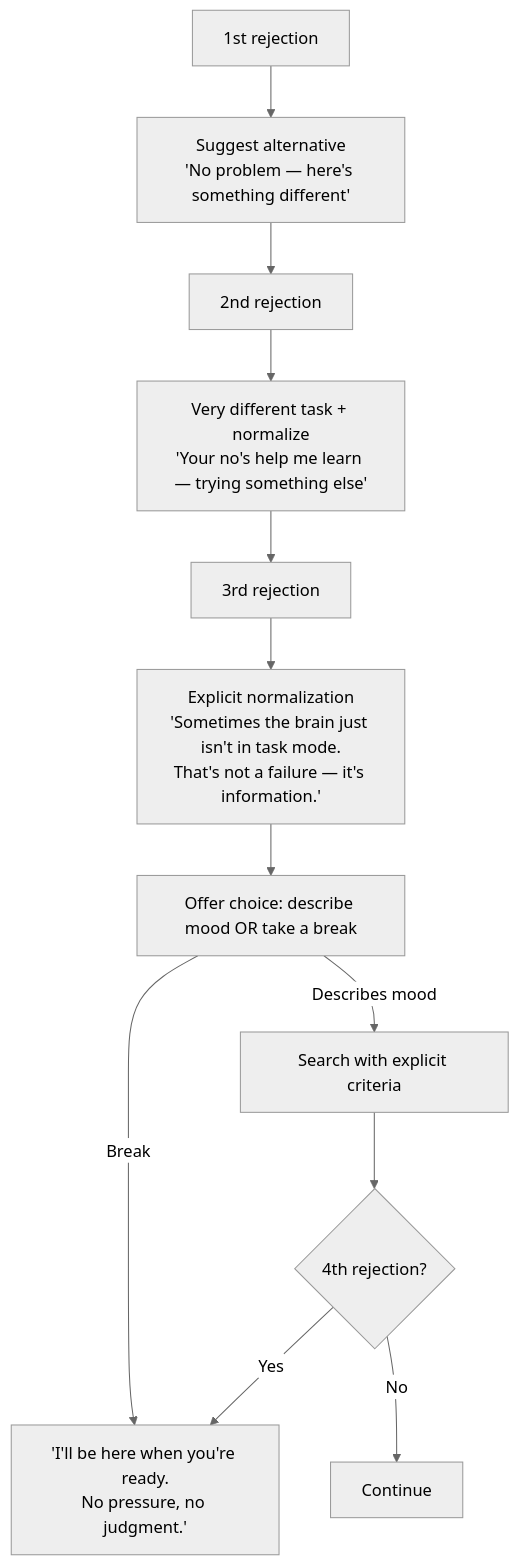
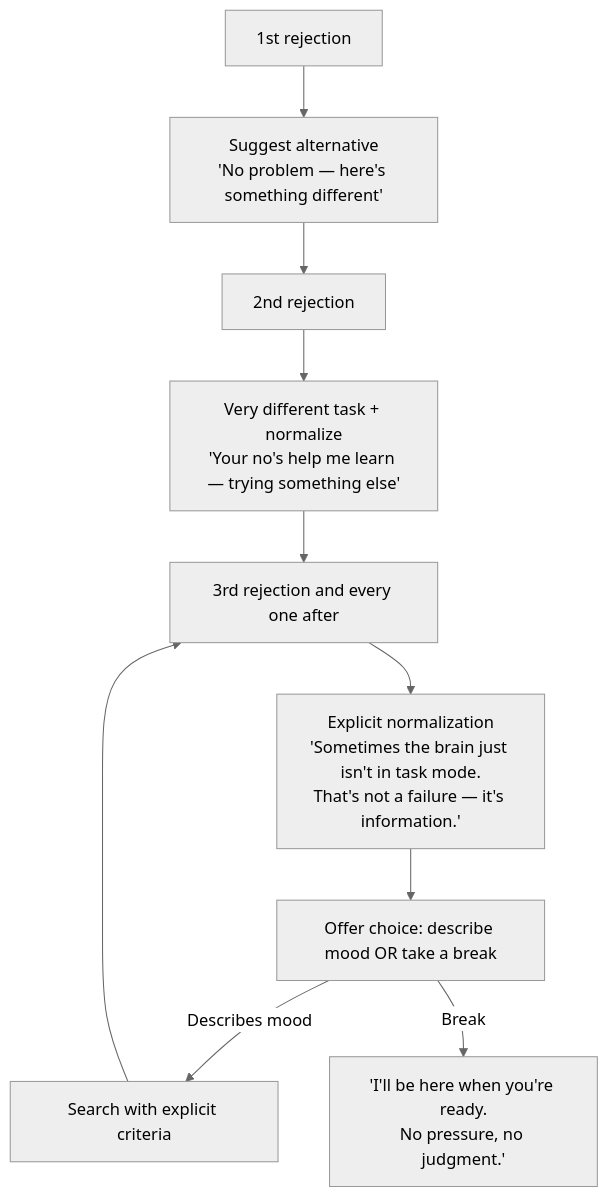
Before and after one commit to NickBorgersProbably/hide-my-list: the second of 2 diagrams in docs/ai-prompts/rejection.md, drawn with Mermaid (neutral theme). The commit also changed other lines of this file and 4 other files, not shown here.

````diff
--- a/docs/ai-prompts/rejection.md
+++ b/docs/ai-prompts/rejection.md
@@ -107,14 +107,12 @@
 ```mermaid
 flowchart TD
     R1["1st rejection"] --> Try1["Suggest alternative<br/>'No problem — here's something different'"]
     Try1 --> R2["2nd rejection"]
     R2 --> Try2["Very different task + normalize<br/>'Your no's help me learn — trying something else'"]
-    Try2 --> R3["3rd rejection"]
+    Try2 --> R3["3rd rejection and every one after"]
     R3 --> Normalize["Explicit normalization<br/>'Sometimes the brain just isn't in task mode.<br/>That's not a failure — it's information.'"]
     Normalize --> Offer["Offer choice: describe mood OR take a break"]
     Offer -->|Describes mood| Targeted["Search with explicit criteria"]
     Offer -->|Break| SafeExit["'I'll be here when you're ready.<br/>No pressure, no judgment.'"]
-    Targeted --> R4{4th rejection?}
-    R4 -->|Yes| SafeExit
-    R4 -->|No| Continue["Continue"]
+    Targeted --> R3
 ```
````
